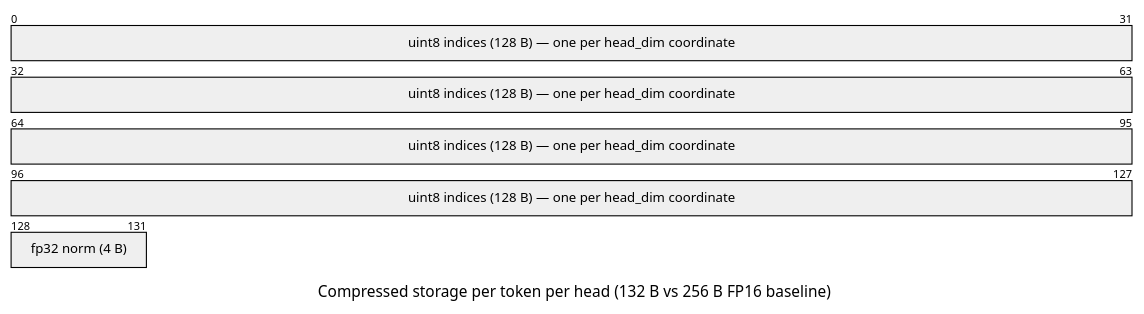
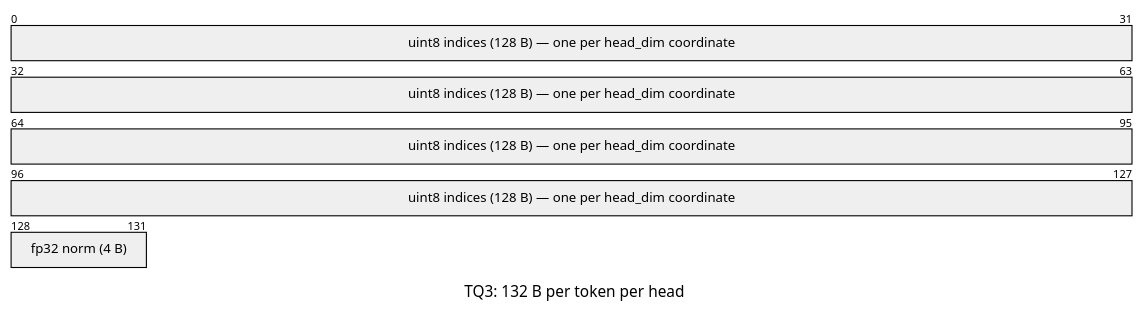
Before and after one commit to lpf6/tq-vllm: the tenth of 16 diagrams in docs/ARCHITECTURE.md, drawn with Mermaid (neutral theme). The commit also changed other lines of this file and 1 other file, not shown here.

First line of the commit message:
docs: update ARCHITECTURE and ROADMAP for TQ4 nibble packing

````diff
--- a/docs/ARCHITECTURE.md
+++ b/docs/ARCHITECTURE.md
@@ -292,8 +294,8 @@
 ```mermaid
 ---
-title: "Compressed storage per token per head (132 B vs 256 B FP16 baseline)"
+title: "TQ3: 132 B per token per head"
 ---
 packet-beta
   0-127: "uint8 indices (128 B) — one per head_dim coordinate"
   128-131: "fp32 norm (4 B)"
 ```
````
